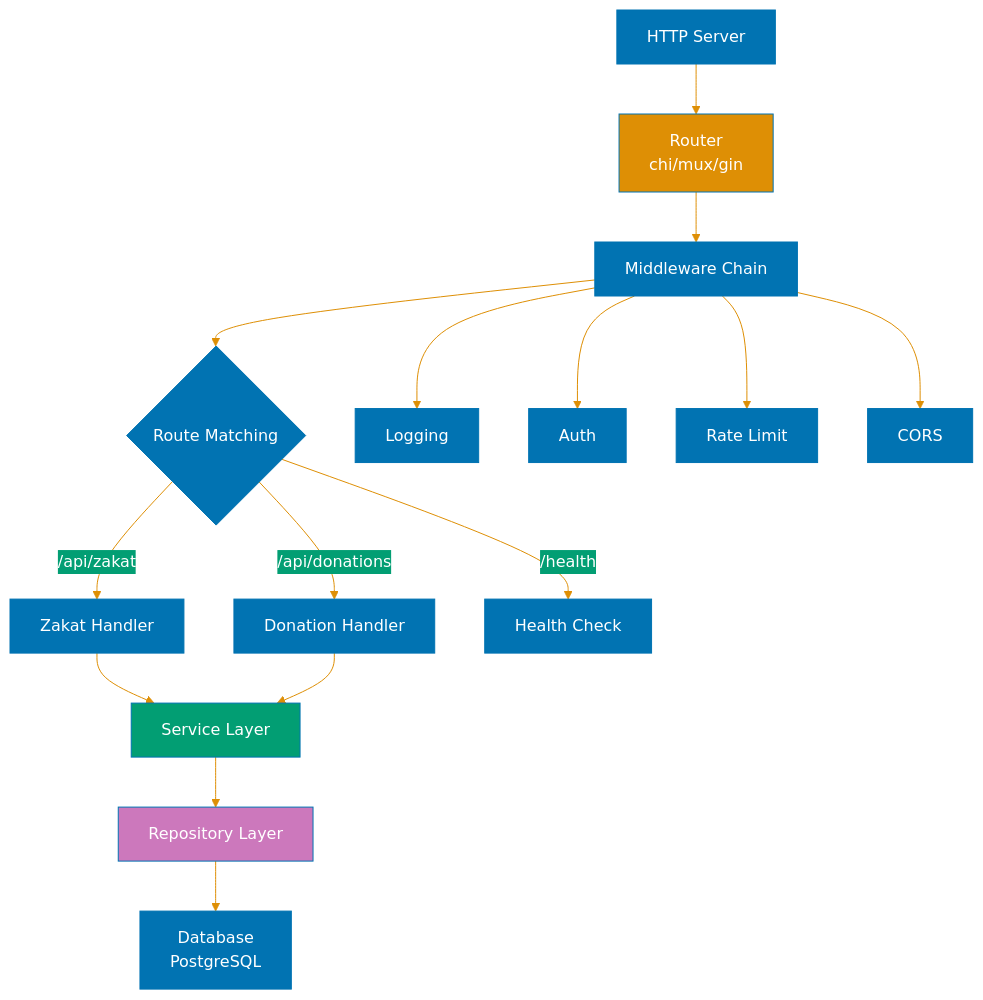
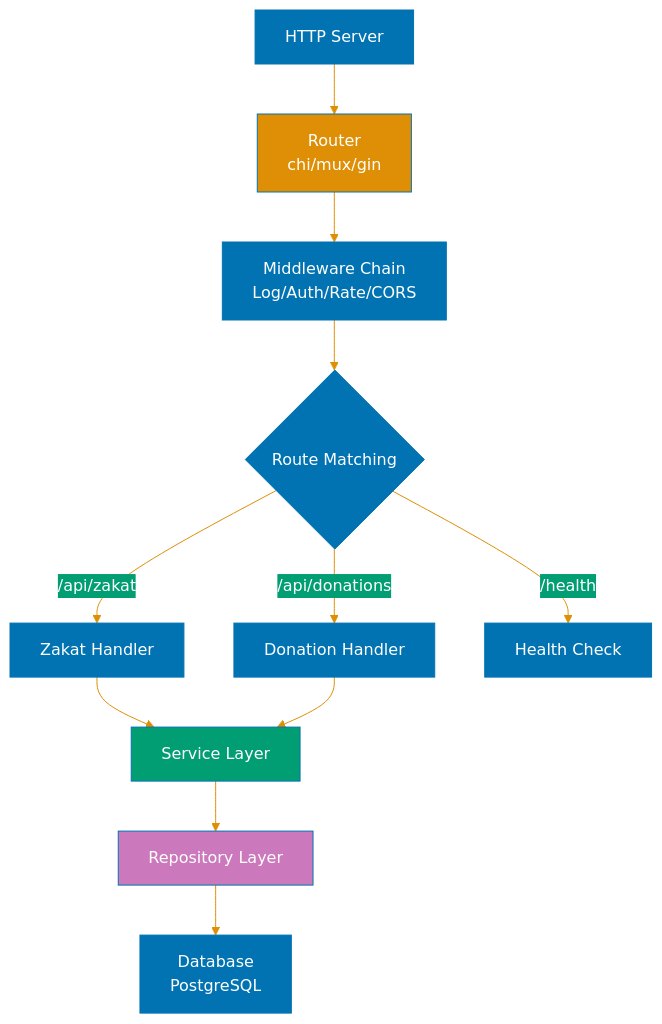
The fifth of 6 diagrams in docs/explanation/software-engineering/programming-languages/golang/api-standards.md (wahidyankf/ose-primer), drawn with Mermaid before and after one commit. The commit also changed other lines of this file and 11 other files, not shown here.

Commit message:
fix(docs): fix mermaid violations in golang/ docs (batch 3/10)

````diff
--- a/docs/explanation/software-engineering/programming-languages/golang/api-standards.md
+++ b/docs/explanation/software-engineering/programming-languages/golang/api-standards.md
@@ -2371,27 +2384,22 @@
 ```mermaid
 %%{init: {'theme':'base', 'themeVariables': { 'primaryColor':'#0173B2','primaryTextColor':'#fff','primaryBorderColor':'#0173B2','lineColor':'#DE8F05','secondaryColor':'#029E73','tertiaryColor':'#CC78BC','fontSize':'16px'}}}%%
 flowchart TD
     A[HTTP Server] --> B[Router<br/>chi/mux/gin]
-    B --> C[Middleware Chain]
+    B --> C[Middleware Chain<br/>Log/Auth/Rate/CORS]
     C --> D{Route Matching}
 
     D -->|/api/zakat| E[Zakat Handler]
     D -->|/api/donations| F[Donation Handler]
     D -->|/health| G[Health Check]
 
     E --> H[Service Layer]
     F --> H
 
     H --> I[Repository Layer]
     I --> J[Database<br/>PostgreSQL]
 
-    C --> K[Logging]
-    C --> L[Auth]
-    C --> M[Rate Limit]
-    C --> N[CORS]
-
     style A fill:#0173B2,color:#fff
     style B fill:#DE8F05,color:#fff
     style H fill:#029E73,color:#fff
     style I fill:#CC78BC,color:#fff
 ```
````
